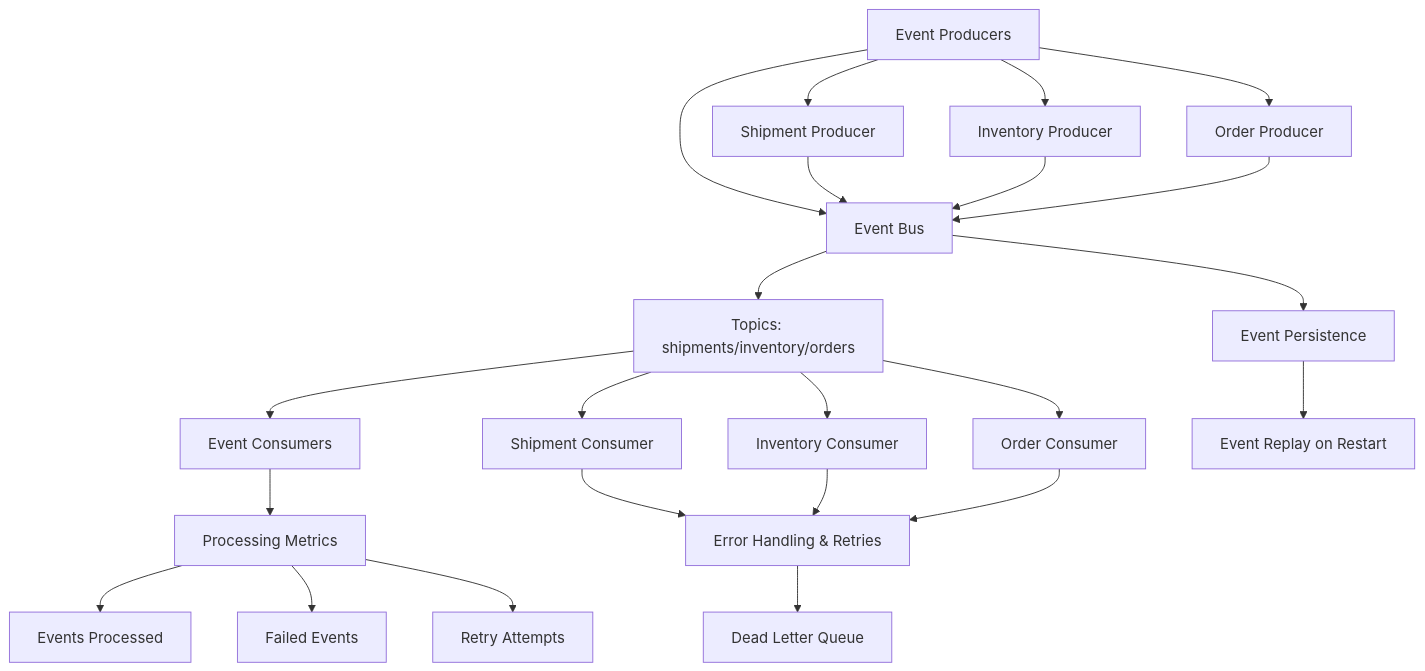
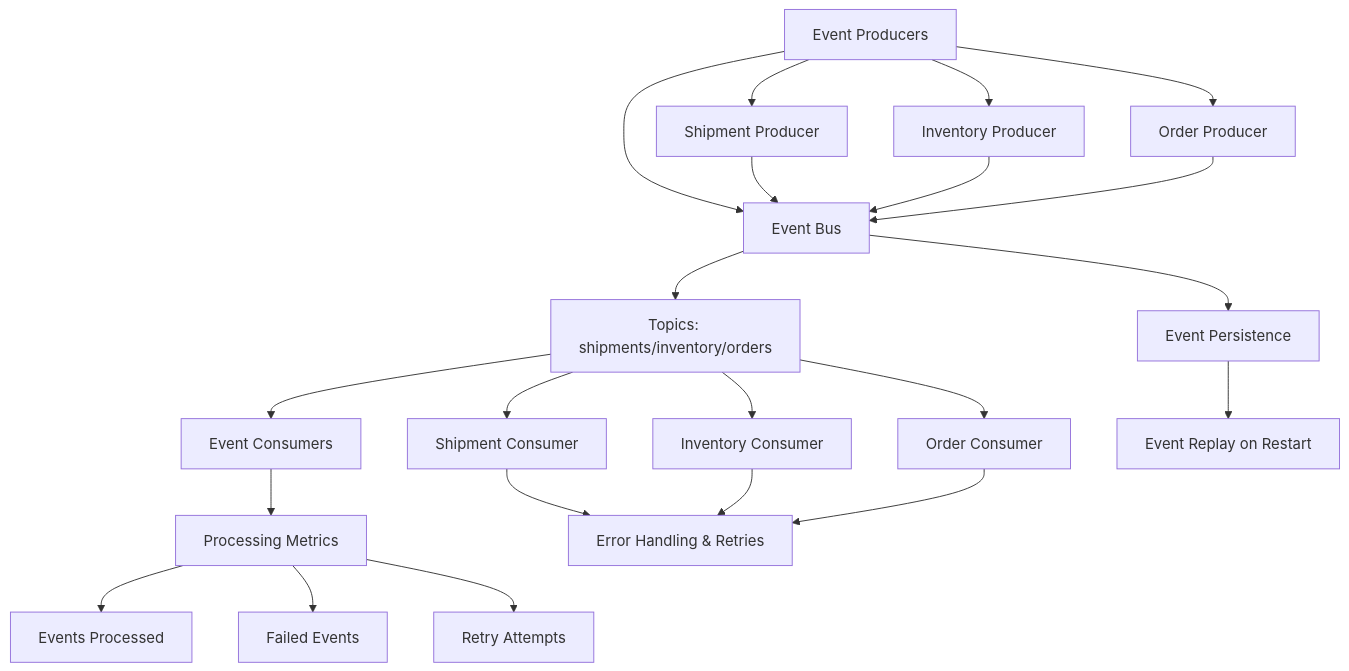
One commit to juangedaan/event-driven-logistics changed the diagram in README.md. Above: the diagram before and after it, drawn with Mermaid. The commit also changed other lines of this file and 2 other files, not shown here.

Commit message:
Consolidate README visuals: mermaid as sole architecture diagram, embed dashboard screenshot
- Drop architecture-diagram.png: AI-generated image incorrectly shows
  Kafka feeding the notifier (it polls DynamoDB); mermaid + pipeline
  docs cover the architecture
- Trim Dead Letter Queue node from mermaid: code drops events after
  3 retries and counts them in metrics, no DLQ exists
- Embed dashboard.png in a Dashboard section as visual proof the demo
  works; delete screenshot.png (terminal logs, redundant with it)

````diff
--- a/README.md
+++ b/README.md
@@ -7,32 +5,30 @@
 ```mermaid
 flowchart TD
     Producers[Event Producers] --> Bus[Event Bus]
     Bus --> Topics[Topics: shipments/inventory/orders]
     Topics --> Consumers[Event Consumers]
 
     Producers --> ShipmentProducer[Shipment Producer]
     Producers --> InventoryProducer[Inventory Producer]
     Producers --> OrderProducer[Order Producer]
 
     ShipmentProducer --> Bus
     InventoryProducer --> Bus
     OrderProducer --> Bus
 
     Bus --> Persistence[Event Persistence]
     Persistence --> Replay[Event Replay on Restart]
 
     Topics --> ShipmentConsumer[Shipment Consumer]
     Topics --> InventoryConsumer[Inventory Consumer]
     Topics --> OrderConsumer[Order Consumer]
 
     Consumers --> Metrics[Processing Metrics]
     Metrics --> Processed[Events Processed]
     Metrics --> Failed[Failed Events]
     Metrics --> Retries[Retry Attempts]
 
     ShipmentConsumer --> ErrorHandling[Error Handling & Retries]
     InventoryConsumer --> ErrorHandling
     OrderConsumer --> ErrorHandling
-
-    ErrorHandling --> DeadLetter[Dead Letter Queue]
 ```
````
